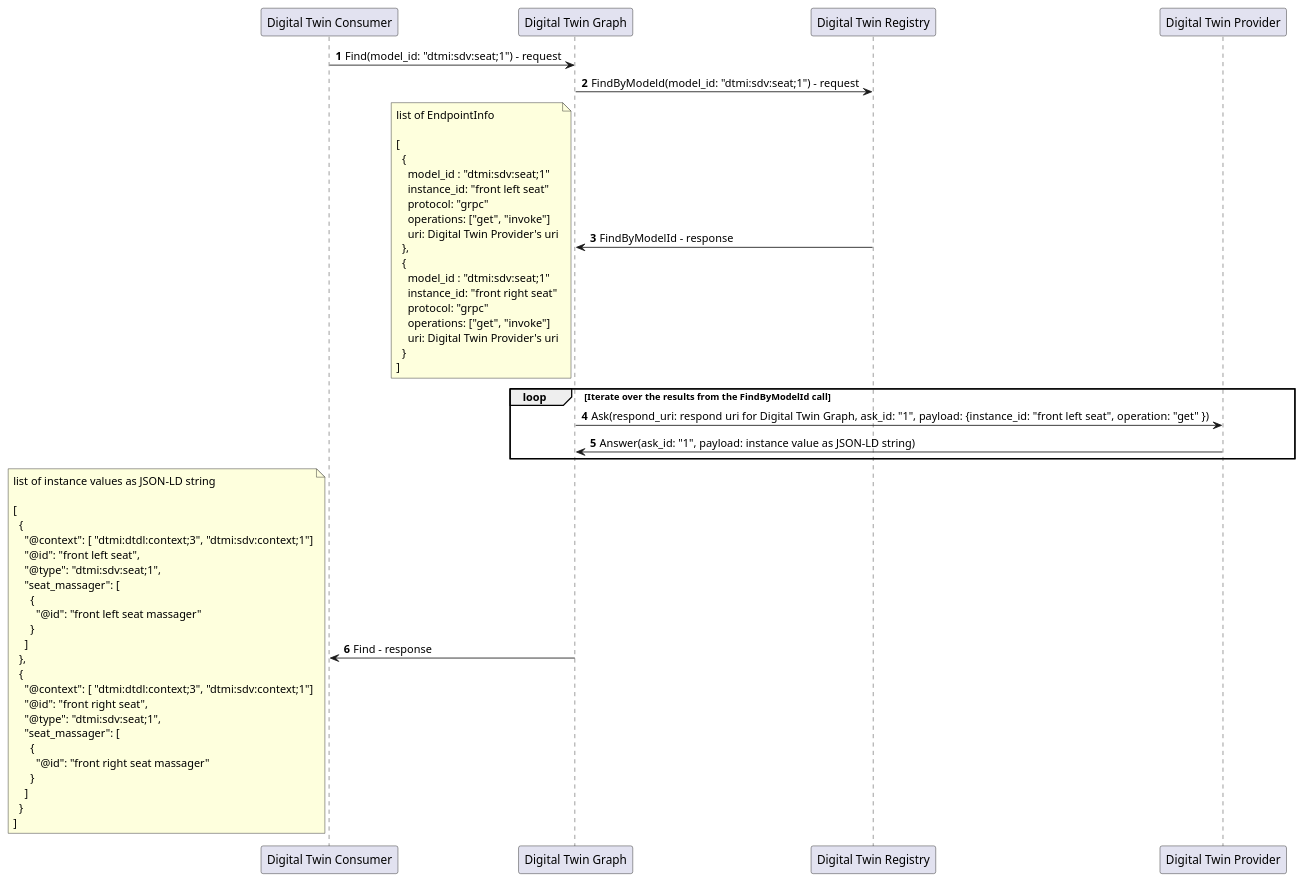
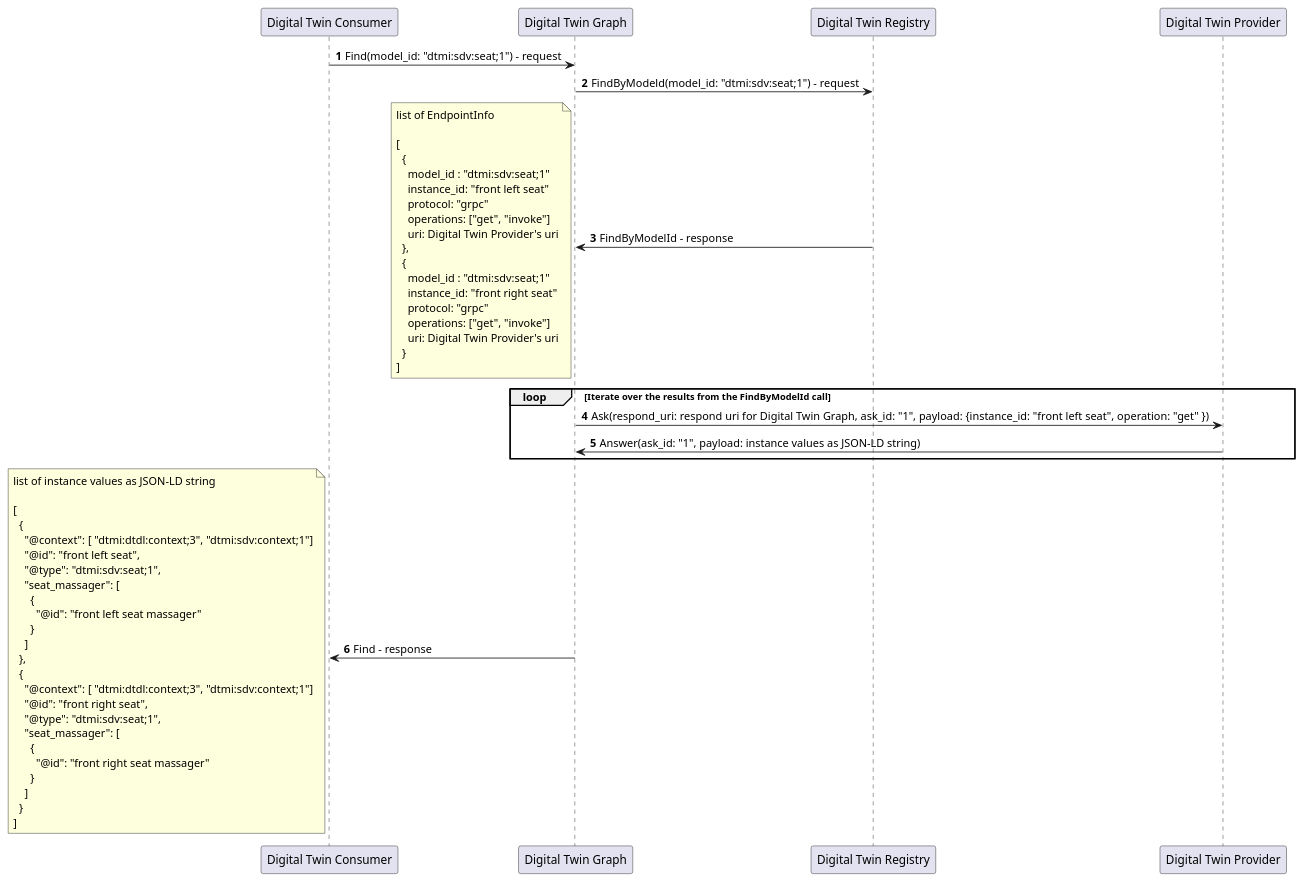
The diagram in docs/design/modules/digital_twin_graph/diagrams/find_sequence.puml (eclipse-ibeji/ibeji), drawn with PlantUML before and after one commit.

Commit message:
Digital Twin Graph

```diff
--- a/docs/design/modules/digital_twin_graph/diagrams/find_sequence.puml
+++ b/docs/design/modules/digital_twin_graph/diagrams/find_sequence.puml
@@ -1,69 +1,69 @@
 @startuml
 
 autonumber
 
 participant "Digital Twin Consumer" as CONSUMER
 participant "Digital Twin Graph" as DIGITAL_TWIN_GRAPH
 participant "Digital Twin Registry" as DIGITAL_TWIN_REGISTRY
 participant "Digital Twin Provider" as PROVIDER
 
 CONSUMER -> DIGITAL_TWIN_GRAPH: Find(model_id: "dtmi:sdv:seat;1") - request
 
 DIGITAL_TWIN_GRAPH -> DIGITAL_TWIN_REGISTRY: FindByModeld(model_id: "dtmi:sdv:seat;1") - request
 
 DIGITAL_TWIN_GRAPH <- DIGITAL_TWIN_REGISTRY: FindByModelId - response
 note left
   list of EndpointInfo
 
   [
     {
       model_id : "dtmi:sdv:seat;1"
       instance_id: "front left seat"
       protocol: "grpc"
       operations: ["get", "invoke"]
       uri: Digital Twin Provider's uri
     },
     {
       model_id : "dtmi:sdv:seat;1"
       instance_id: "front right seat"
       protocol: "grpc"
       operations: ["get", "invoke"]
       uri: Digital Twin Provider's uri
     }
   ]
 end note
 
 loop Iterate over the results from the FindByModelId call
   DIGITAL_TWIN_GRAPH -> PROVIDER: Ask(respond_uri: respond uri for Digital Twin Graph, ask_id: "1", payload: {instance_id: "front left seat", operation: "get" })
-  DIGITAL_TWIN_GRAPH <- PROVIDER: Answer(ask_id: "1", payload: instance value as JSON-LD string)
+  DIGITAL_TWIN_GRAPH <- PROVIDER: Answer(ask_id: "1", payload: instance values as JSON-LD string)
 end
 
 CONSUMER <- DIGITAL_TWIN_GRAPH: Find - response
 note left
   list of instance values as JSON-LD string
 
   [
     {
       "@context": [ "dtmi:dtdl:context;3", "dtmi:sdv:context;1"]
       "@id": "front left seat",
       "@type": "dtmi:sdv:seat;1",
       "seat_massager": [
         {
           "@id": "front left seat massager"
         }
       ]
     },
     {
       "@context": [ "dtmi:dtdl:context;3", "dtmi:sdv:context;1"]
       "@id": "front right seat",
       "@type": "dtmi:sdv:seat;1",
       "seat_massager": [
         {
           "@id": "front right seat massager"
         }
       ]
     }
   ]
 end note
 
 @enduml
```
